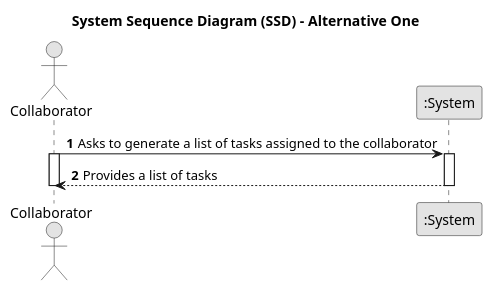
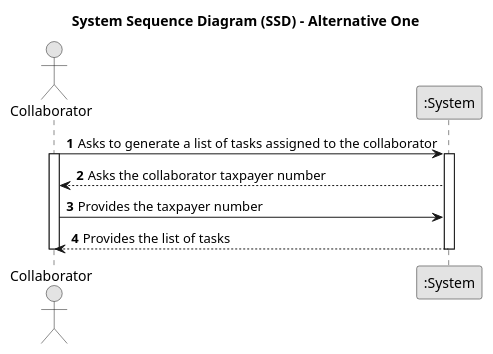
Before and after one commit to SAEmanuel/Green_Spaces_Management_ISEP: the diagram in docs/sprintC/us028/01.requirements-engineering/puml/us028-system-sequence-diagram-alternative-one.puml, drawn with PlantUML. The commit also changed 9 other files, not shown here.

```diff
--- a/docs/sprintC/us028/01.requirements-engineering/puml/us028-system-sequence-diagram-alternative-one.puml
+++ b/docs/sprintC/us028/01.requirements-engineering/puml/us028-system-sequence-diagram-alternative-one.puml
@@ -1,23 +1,25 @@
 @startuml
 skinparam monochrome true
 skinparam packageStyle rectangle
 skinparam shadowing false
 
 title System Sequence Diagram (SSD) - Alternative One
 
 autonumber
 
 actor "Collaborator" as COLLAB
 participant ":System" as System
 
 
         COLLAB -> System: Asks to generate a list of tasks assigned to the collaborator
         activate COLLAB
         activate System
 
-        System --> COLLAB : Provides a list of tasks
+        System --> COLLAB : Asks the collaborator taxpayer number
+        COLLAB -> System : Provides the taxpayer number
+        System --> COLLAB: Provides the list of tasks
 
 
         deactivate System
         deactivate COLLAB
 @enduml
```
